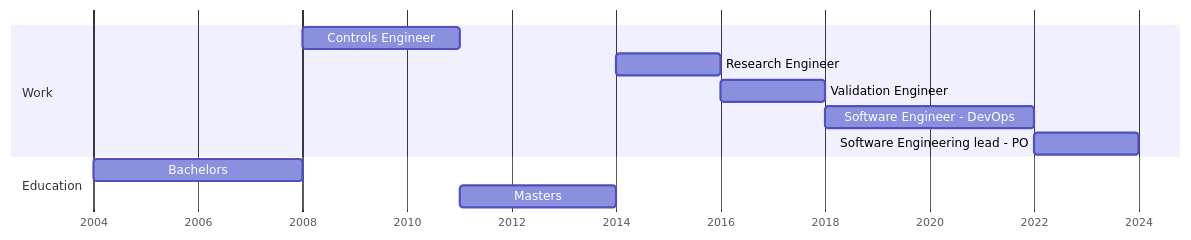
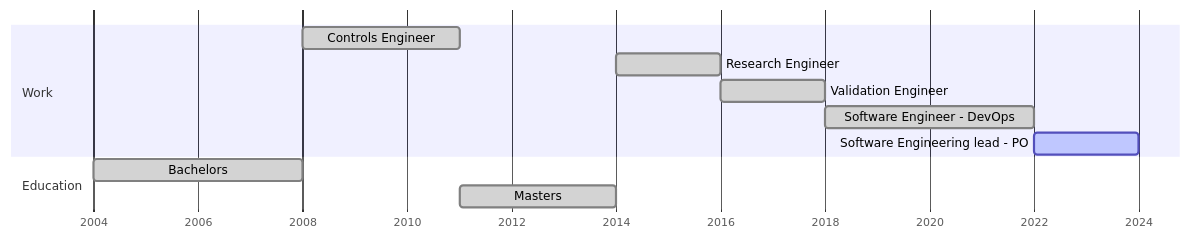
Before and after one commit to kar-ven/kar-ven.github.io: the diagram in README.md, drawn with Mermaid.

Commit message:
update gantt

```diff
--- a/README.md
+++ b/README.md
@@ -2,15 +2,15 @@
 <pre class="mermaid">
 gantt
     dateFormat YYYY
     axisFormat %Y
     todayMarker stroke-width:2px, stroke-linecap:round, stroke-dasharray:10, stroke:black, opacity:0.3
     section Work
-    Controls Engineer                  :2008, 2011
-    Research Engineer                  :2014, 2016
-    Validation Engineer                :2016, 2018
-    Software Engineer - DevOps         :2018, 2022
-    Software Engineering lead - PO     :2022, 2024
+    Controls Engineer                  :done, 2008, 2011
+    Research Engineer                  :done, 2014, 2016
+    Validation Engineer                :done, 2016, 2018
+    Software Engineer - DevOps         :done, 2018, 2022
+    Software Engineering lead - PO     :active, 2022, 2024
     Section Education
-    Bachelors                          :2004, 2008
-    Masters                            :2011, 2014
+    Bachelors                          :done, 2004, 2008
+    Masters                            :done, 2011, 2014
 </pre>
```
